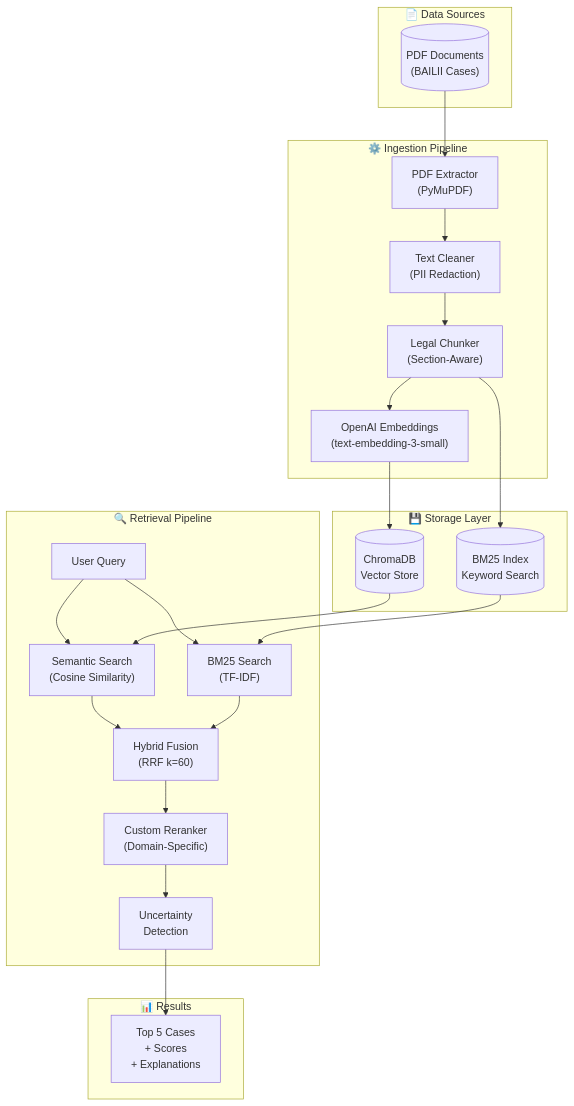
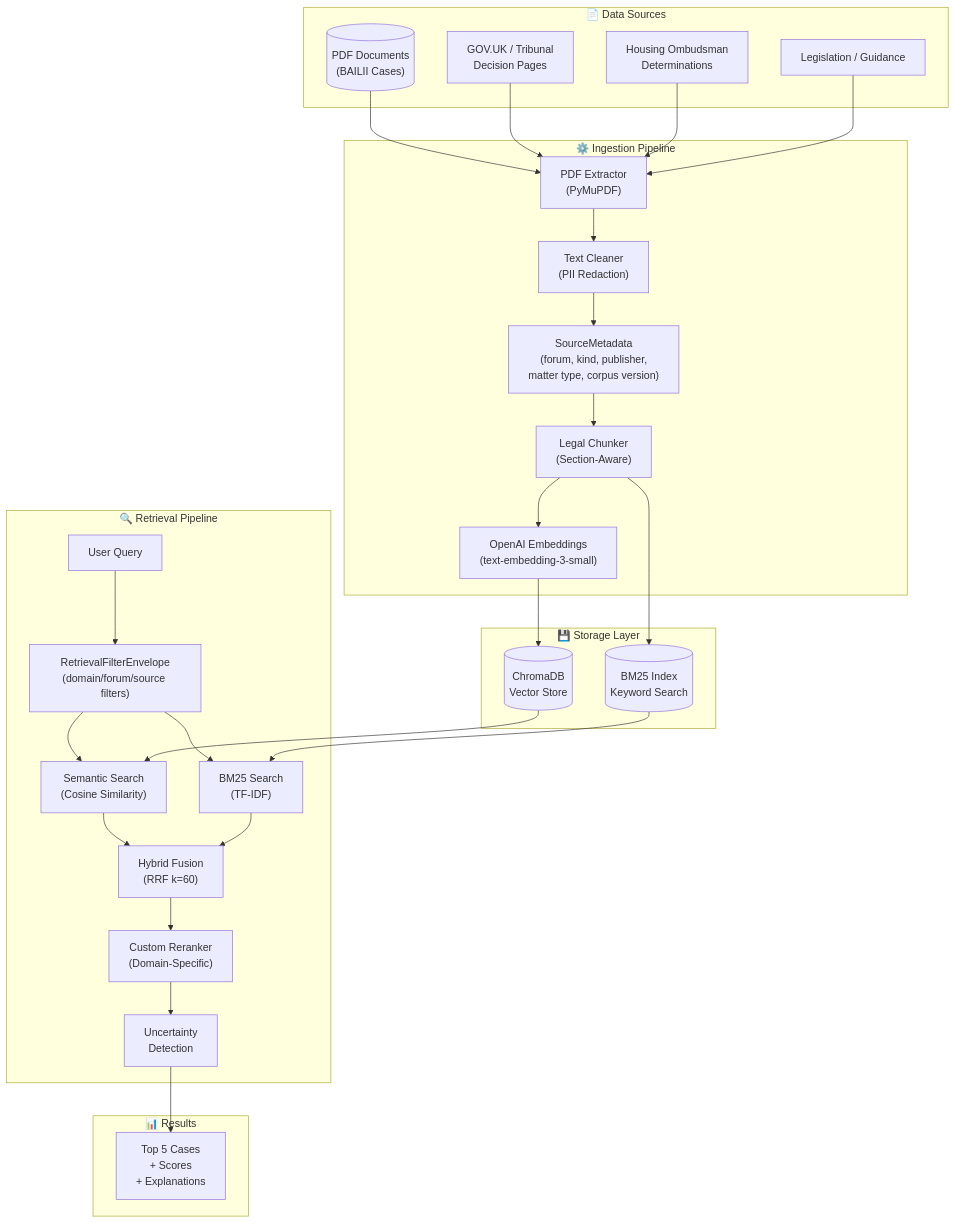
Before and after one commit to MSH4R1F/proposer: the first of 4 diagrams in packages/rag_engine/README.md, drawn with Mermaid. The commit also changed other lines of this file and 9 other files, not shown here.

````diff
--- a/packages/rag_engine/README.md
+++ b/packages/rag_engine/README.md
@@ -13,43 +13,53 @@
 ```mermaid
 flowchart TB
     subgraph Input["📄 Data Sources"]
         PDF[("PDF Documents<br/>(BAILII Cases)")]
+        GOV["GOV.UK / Tribunal<br/>Decision Pages"]
+        OMB["Housing Ombudsman<br/>Determinations"]
+        LAW["Legislation / Guidance"]
     end
 
     subgraph Ingestion["⚙️ Ingestion Pipeline"]
         Extract["PDF Extractor<br/>(PyMuPDF)"]
         Clean["Text Cleaner<br/>(PII Redaction)"]
+        Metadata["SourceMetadata<br/>(forum, kind, publisher,<br/>matter type, corpus version)"]
         Chunk["Legal Chunker<br/>(Section-Aware)"]
         Embed["OpenAI Embeddings<br/>(text-embedding-3-small)"]
     end
 
     subgraph Storage["💾 Storage Layer"]
         Chroma[("ChromaDB<br/>Vector Store")]
         BM25[("BM25 Index<br/>Keyword Search")]
     end
 
     subgraph Retrieval["🔍 Retrieval Pipeline"]
         Query["User Query"]
+        Filters["RetrievalFilterEnvelope<br/>(domain/forum/source filters)"]
         Semantic["Semantic Search<br/>(Cosine Similarity)"]
         Keyword["BM25 Search<br/>(TF-IDF)"]
         Fusion["Hybrid Fusion<br/>(RRF k=60)"]
         Rerank["Custom Reranker<br/>(Domain-Specific)"]
         Confidence["Uncertainty<br/>Detection"]
     end
 
     subgraph Output["📊 Results"]
         Results["Top 5 Cases<br/>+ Scores<br/>+ Explanations"]
     end
 
-    PDF --> Extract --> Clean --> Chunk --> Embed
+    PDF --> Extract
+    GOV --> Extract
+    OMB --> Extract
+    LAW --> Extract
+    Extract --> Clean --> Metadata --> Chunk --> Embed
     Embed --> Chroma
     Chunk --> BM25
 
-    Query --> Semantic
-    Query --> Keyword
+    Query --> Filters
+    Filters --> Semantic
+    Filters --> Keyword
     Chroma --> Semantic
     BM25 --> Keyword
     Semantic --> Fusion
     Keyword --> Fusion
     Fusion --> Rerank --> Confidence --> Results
 ```
````
